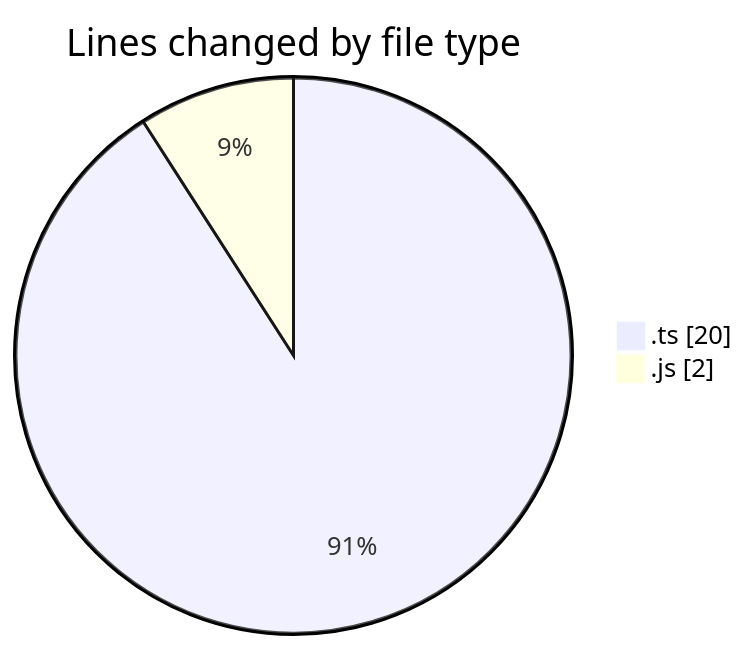
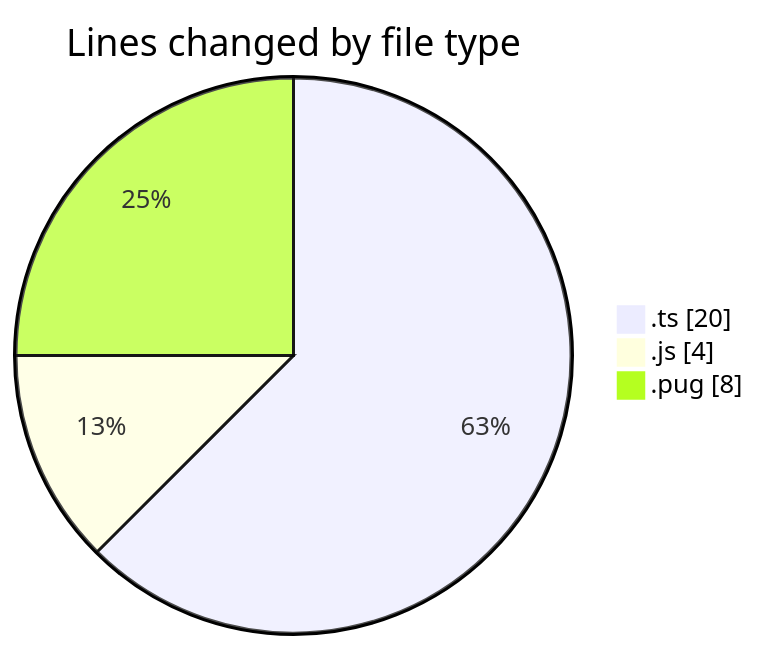
One commit to momahboobian/code-tracking changed the first of 2 diagrams in 2025-02-25/cda/README.md. Above: the diagram before and after it, drawn with Mermaid. The commit also changed other lines of this file and 1 other file, not shown here.

Commit message:
Type: refactor Scope: cda Brief summary: Refactored coding activity data for improved visualization accuracy. Modified functions: updateDutyRequest.ts, dutyRequest.js, html.pug Files changed: activity.json, cda/README.md Activity duration: 9 minutes

````diff
--- a/2025-02-25/cda/README.md
+++ b/2025-02-25/cda/README.md
@@ -22,6 +23,7 @@
 ```mermaid
 pie showData
 title Lines changed by file type
 ".ts" : 20
-".js" : 2
+".js" : 4
+".pug" : 8
 ```
````
